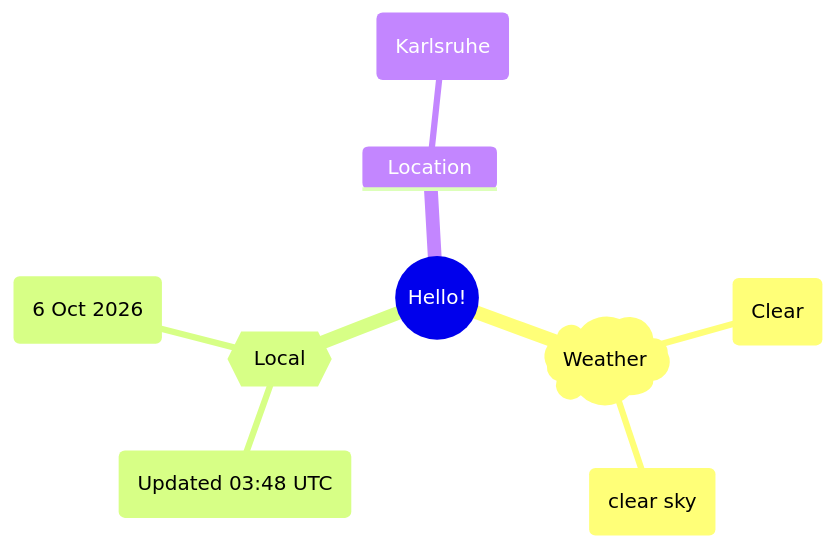
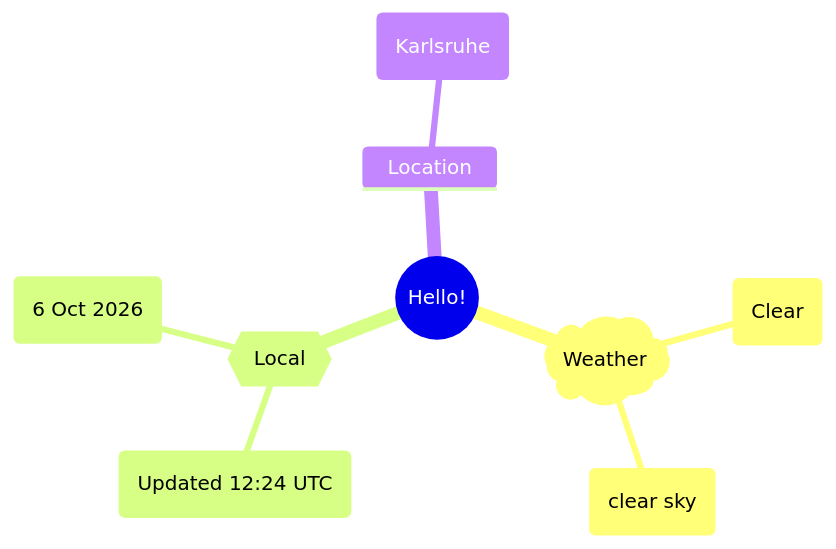
The first of 2 diagrams in README.md (Xosrov/Xosrov), drawn with Mermaid before and after one commit.

Commit message:
[bot] updated images

````diff
--- a/README.md
+++ b/README.md
@@ -3,12 +3,12 @@
 ```mermaid
 mindmap
   root((Hello!))
     )Weather(
         (Clear)
         (clear sky)
     {{Local}}
-        (Updated 03:48 UTC)
+        (Updated 12:24 UTC)
         (6 Oct 2026)
     Location
         (Karlsruhe)
 ```
````
